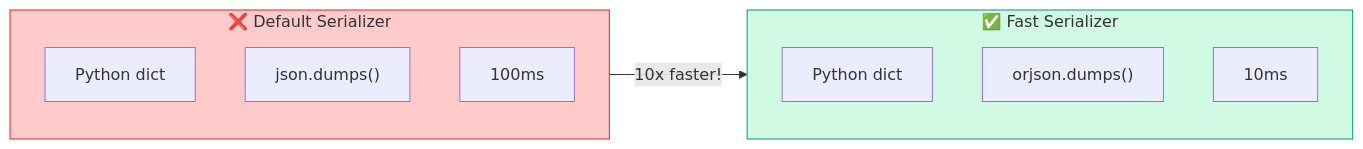
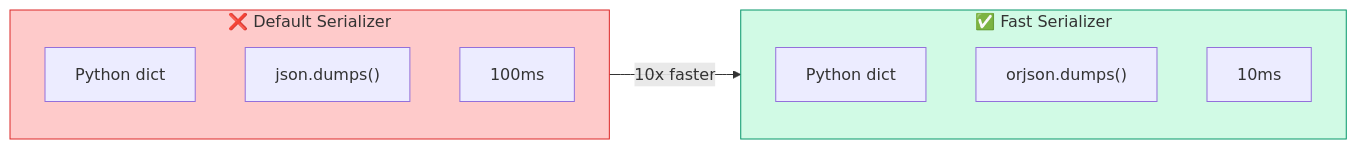
One commit to rilov/handbook changed diagram 14 of 25 in _topics/scaling-api-1-to-1-million-rps.md. Above: the diagram before and after it, drawn with Mermaid. The commit also changed other lines of this file and 2 other files, not shown here.

Commit message:
mermaid diagram upgrade

```diff
--- a/_topics/scaling-api-1-to-1-million-rps.md
+++ b/_topics/scaling-api-1-to-1-million-rps.md
@@ -545,21 +545,21 @@
 <div class="mermaid">
 flowchart LR
     subgraph slow["❌ Default Serializer"]
         direction TB
         D1["Python dict"]
         D2["json.dumps()"]
         D3["100ms"]
     end
     
     subgraph fast["✅ Fast Serializer"]
         direction TB
         F1["Python dict"]
         F2["orjson.dumps()"]
         F3["10ms"]
     end
     
-    slow --> |"10x faster!"| fast
+    slow -->|10x faster| fast
     
     style slow fill:#fecaca,stroke:#dc2626
     style fast fill:#d1fae5,stroke:#059669
 </div>
```
